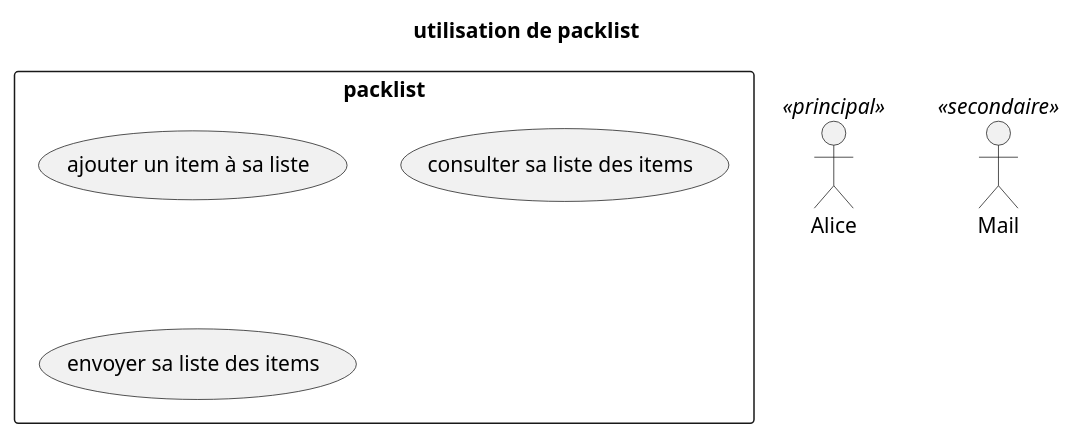
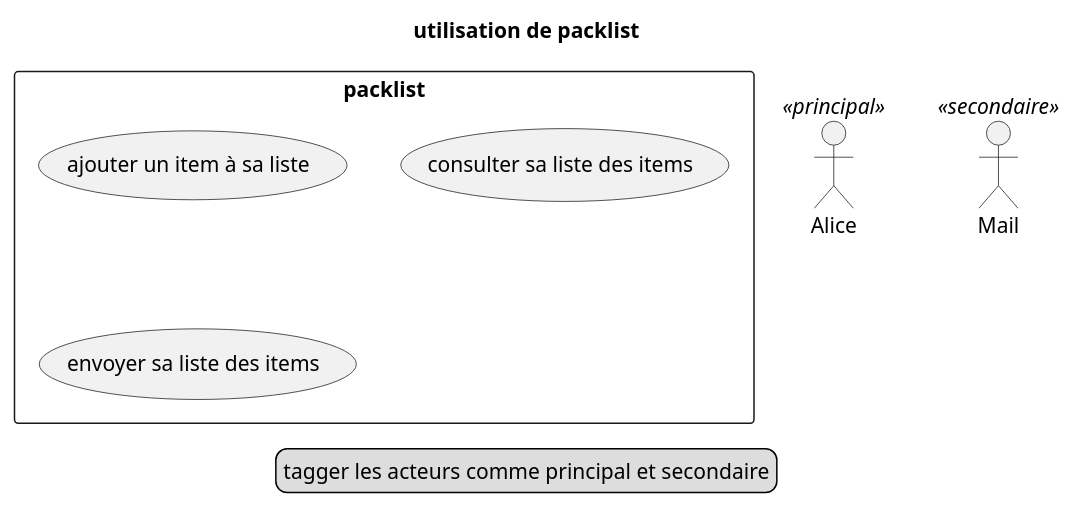
The diagram in TP/Solutions/usecase_2.pu (nbossard/plantuml_demo), drawn with PlantUML before and after one commit. The commit also changed 11 other files, not shown here.

```diff
--- a/TP/Solutions/usecase_2.pu
+++ b/TP/Solutions/usecase_2.pu
@@ -1,11 +1,15 @@
 @startuml
     Title utilisation de packlist
 
     :Alice: <<principal>>
     :Mail: <<secondaire>>
     rectangle packlist {
         (ajouter un item à sa liste)
         (consulter sa liste des items)
         (envoyer sa liste des items)
     }
+
+    legend
+        tagger les acteurs comme principal et secondaire
+    endlegend
 @enduml
```
